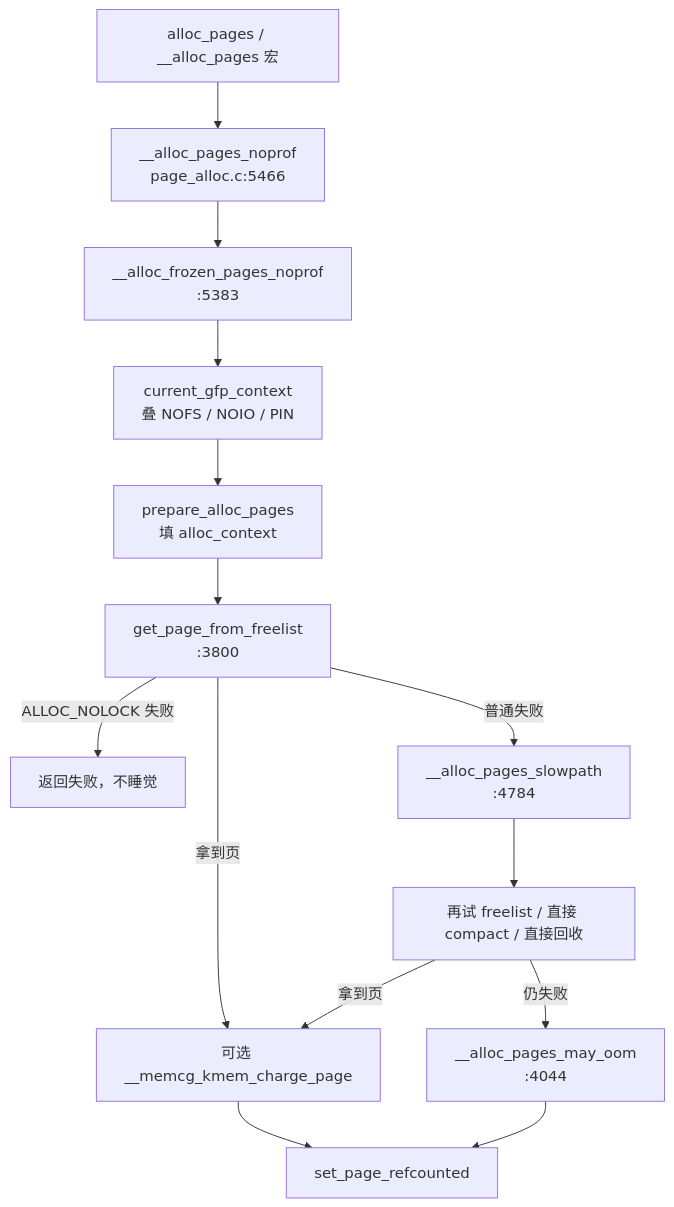
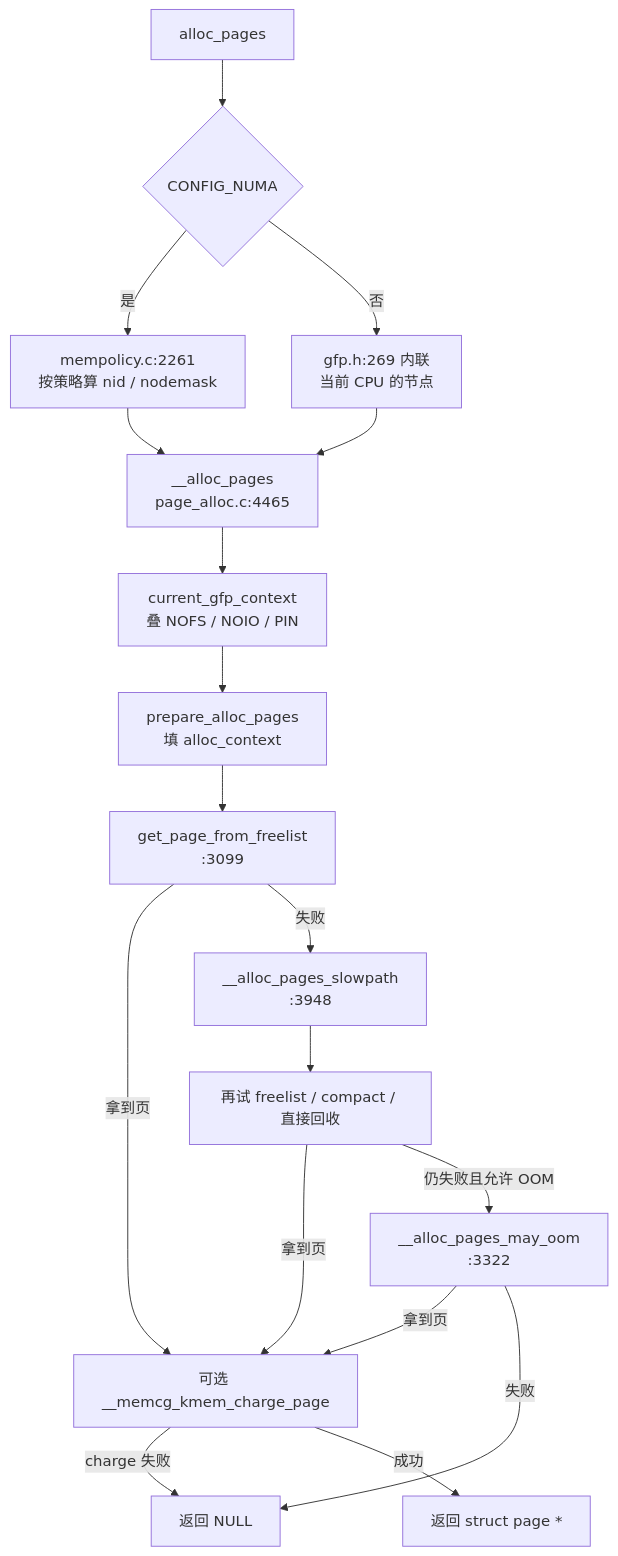
Before and after one commit to jinkkkang/kernel-notes: the diagram in memory-management/03-01-overview.md, drawn with Mermaid. The commit also changed other lines of this file and 36 other files, not shown here.

````diff
--- a/memory-management/03-01-overview.md
+++ b/memory-management/03-01-overview.md
@@ -47,16 +92,20 @@
 ```mermaid
 flowchart TD
-  entry["alloc_pages / __alloc_pages 宏"] --> noprof["__alloc_pages_noprof<br/>page_alloc.c:5466"]
-  noprof --> frozen["__alloc_frozen_pages_noprof<br/>:5383"]
-  frozen --> gfp["current_gfp_context<br/>叠 NOFS / NOIO / PIN"]
+  entry["alloc_pages"] --> numa{"CONFIG_NUMA"}
+  numa -->|是| pol["mempolicy.c:2261<br/>按策略算 nid / nodemask"]
+  numa -->|否| inline["gfp.h:269 内联<br/>当前 CPU 的节点"]
+  pol --> core["__alloc_pages<br/>page_alloc.c:4465"]
+  inline --> core
+  core --> gfp["current_gfp_context<br/>叠 NOFS / NOIO / PIN"]
   gfp --> prep["prepare_alloc_pages<br/>填 alloc_context"]
-  prep --> fast["get_page_from_freelist<br/>:3800"]
+  prep --> fast["get_page_from_freelist<br/>:3099"]
   fast -->|拿到页| charge["可选 __memcg_kmem_charge_page"]
-  fast -->|ALLOC_NOLOCK 失败| outfail["返回失败，不睡觉"]
-  fast -->|普通失败| slow["__alloc_pages_slowpath<br/>:4784"]
-  slow --> retry["再试 freelist / 直接 compact / 直接回收"]
-  retry -->|仍失败| oom["__alloc_pages_may_oom<br/>:4044"]
+  fast -->|失败| slow["__alloc_pages_slowpath<br/>:3948"]
+  slow --> retry["再试 freelist / compact / 直接回收"]
   retry -->|拿到页| charge
-  charge --> ref["set_page_refcounted"]
-  oom --> ref
+  retry -->|仍失败且允许 OOM| oom["__alloc_pages_may_oom<br/>:3322"]
+  oom -->|拿到页| charge
+  oom -->|失败| outfail["返回 NULL"]
+  charge -->|charge 失败| outfail
+  charge -->|成功| outok["返回 struct page *"]
 ```
````
